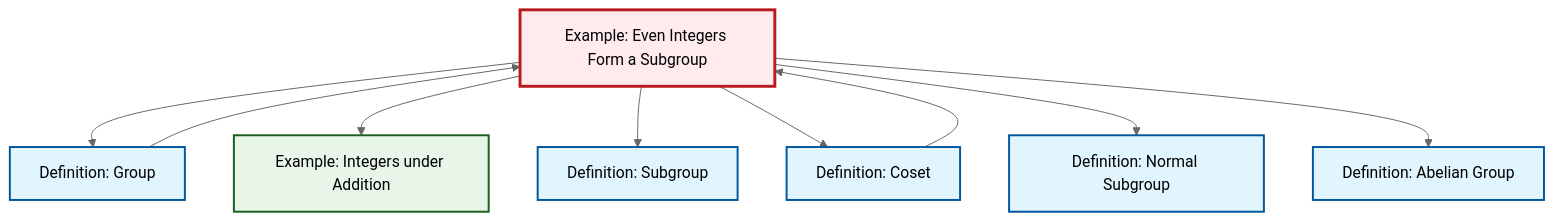
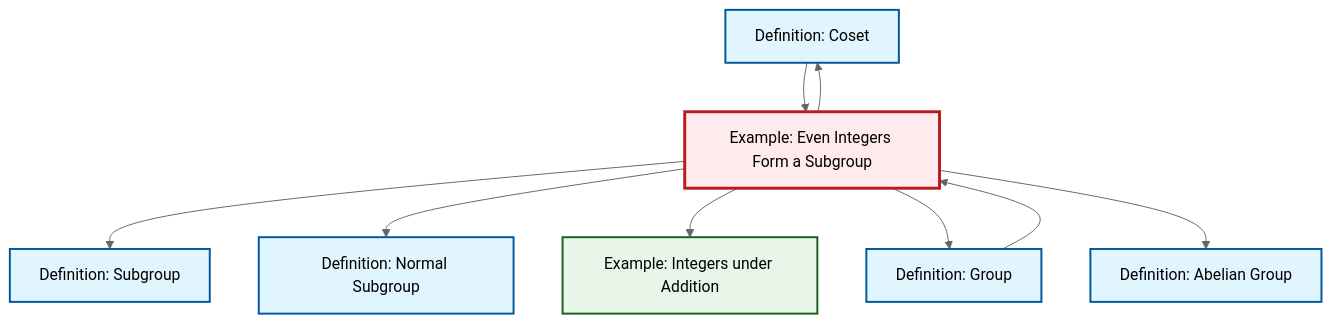
One commit to RK0429/ModernMath changed the diagram in content/ja/algebra/ex-even-integers-subgroup.qmd. Above: the diagram before and after it, drawn with Mermaid (neutral theme). The commit also changed other lines of this file and 497 other files, not shown here.

````diff
--- a/content/ja/algebra/ex-even-integers-subgroup.qmd
+++ b/content/ja/algebra/ex-even-integers-subgroup.qmd
@@ -52,31 +52,31 @@
 ```{mermaid}
 %%| fig-cap: "Local dependency graph"
 graph TD
     classDef definition fill:#e1f5fe,stroke:#01579b,stroke-width:2px
     classDef theorem fill:#f3e5f5,stroke:#4a148c,stroke-width:2px
     classDef axiom fill:#fff3e0,stroke:#e65100,stroke-width:2px
     classDef example fill:#e8f5e9,stroke:#1b5e20,stroke-width:2px
     classDef current fill:#ffebee,stroke:#b71c1c,stroke-width:3px
     def-normal-subgroup["Definition: Normal Subgroup"]:::definition
+    def-coset["Definition: Coset"]:::definition
+    def-subgroup["Definition: Subgroup"]:::definition
+    def-group["Definition: Group"]:::definition
+    ex-integers-addition["Example: Integers under Addition"]:::example
+    def-abelian-group["Definition: Abelian Group"]:::definition
     ex-even-integers-subgroup["Example: Even Integers Form a Subgroup"]:::example
-    def-abelian-group["Definition: Abelian Group"]:::definition
-    ex-integers-addition["Example: Integers under Addition"]:::example
-    def-coset["Definition: Coset"]:::definition
-    def-group["Definition: Group"]:::definition
-    def-subgroup["Definition: Subgroup"]:::definition
+    ex-even-integers-subgroup --> def-subgroup
+    def-group --> ex-even-integers-subgroup
+    ex-even-integers-subgroup --> def-normal-subgroup
+    def-coset --> ex-even-integers-subgroup
+    ex-even-integers-subgroup --> def-coset
+    ex-even-integers-subgroup --> ex-integers-addition
     ex-even-integers-subgroup --> def-group
-    ex-even-integers-subgroup --> ex-integers-addition
-    ex-even-integers-subgroup --> def-subgroup
-    ex-even-integers-subgroup --> def-coset
-    ex-even-integers-subgroup --> def-normal-subgroup
-    def-group --> ex-even-integers-subgroup
-    def-coset --> ex-even-integers-subgroup
     ex-even-integers-subgroup --> def-abelian-group
     class ex-even-integers-subgroup current
     click def-normal-subgroup "def-normal-subgroup.html" "Definition: Normal Subgroupへ"
+    click def-coset "def-coset.html" "Definition: Cosetへ"
+    click def-subgroup "def-subgroup.html" "Definition: Subgroupへ"
+    click def-group "def-group.html" "Definition: Groupへ"
+    click ex-integers-addition "ex-integers-addition.html" "Example: Integers under Additionへ"
     click def-abelian-group "def-abelian-group.html" "Definition: Abelian Groupへ"
-    click ex-integers-addition "ex-integers-addition.html" "Example: Integers under Additionへ"
-    click def-coset "def-coset.html" "Definition: Cosetへ"
-    click def-group "def-group.html" "Definition: Groupへ"
-    click def-subgroup "def-subgroup.html" "Definition: Subgroupへ"
 ```
````
